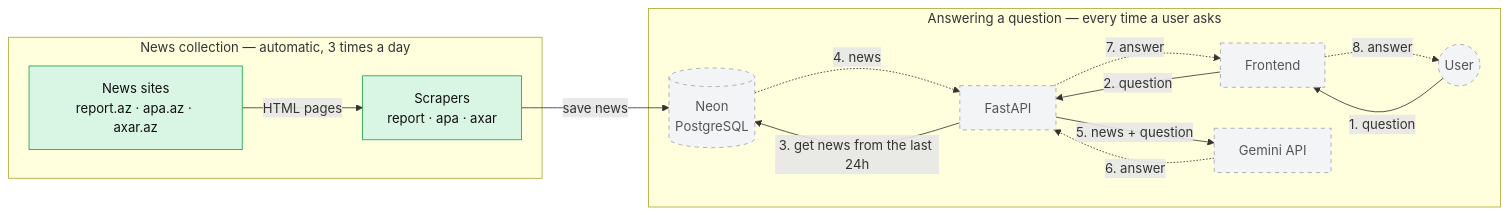
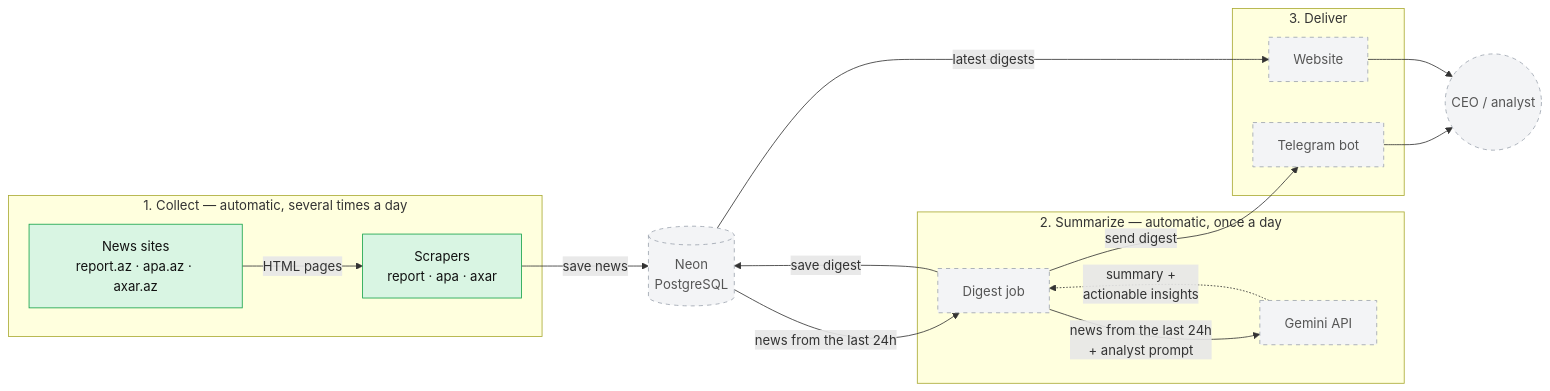
The diagram in README.md (vbabazade8/az-news-assistant), drawn with Mermaid before and after one commit. The commit also changed other lines of this file, not shown here.

Commit message:
Update README for the daily digest idea

````diff
--- a/README.md
+++ b/README.md
@@ -18,24 +20,31 @@
 ```mermaid
 flowchart LR
-    subgraph collect["News collection — automatic, 3 times a day"]
+    subgraph collect["1. Collect — automatic, several times a day"]
         sites["News sites<br/>report.az · apa.az · axar.az"] -->|HTML pages| scrapers["Scrapers<br/>report · apa · axar"]
     end
 
     scrapers -->|save news| db[("Neon<br/>PostgreSQL")]
 
-    subgraph answer["Answering a question — every time a user asks"]
-        user((User)) -->|1. question| front[Frontend]
-        front -->|2. question| api[FastAPI]
-        api -->|3. get news from the last 24h| db
-        db -.->|4. news| api
-        api -->|5. news + question| gemini[Gemini API]
-        gemini -.->|6. answer| api
-        api -.->|7. answer| front
-        front -.->|8. answer| user
+    subgraph summarize["2. Summarize — automatic, once a day"]
+        job["Digest job"] -->|"news from the last 24h<br/>+ analyst prompt"| gemini["Gemini API"]
+        gemini -.->|"summary +<br/>actionable insights"| job
     end
+
+    db -->|news from the last 24h| job
+    job -->|save digest| db
+
+    subgraph deliver["3. Deliver"]
+        tg["Telegram bot"]
+        web["Website"]
+    end
+
+    job -->|send digest| tg
+    db -->|latest digests| web
+    tg --> reader(("CEO / analyst"))
+    web --> reader
 
     classDef done fill:#d9f5e3,stroke:#16a34a,color:#111
     classDef planned fill:#f3f4f6,stroke:#9ca3af,color:#555,stroke-dasharray:5 5
     class sites,scrapers done
-    class db,user,front,api,gemini planned
+    class db,job,gemini,tg,web,reader planned
 ```
````
